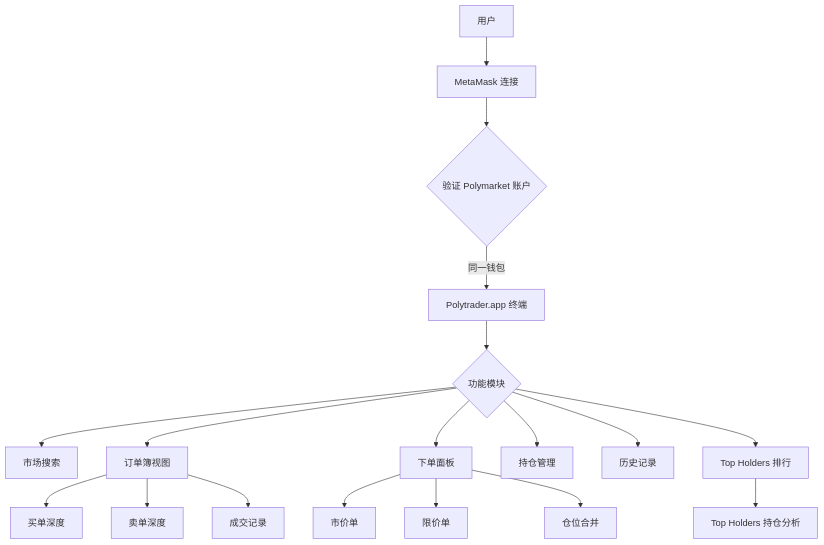
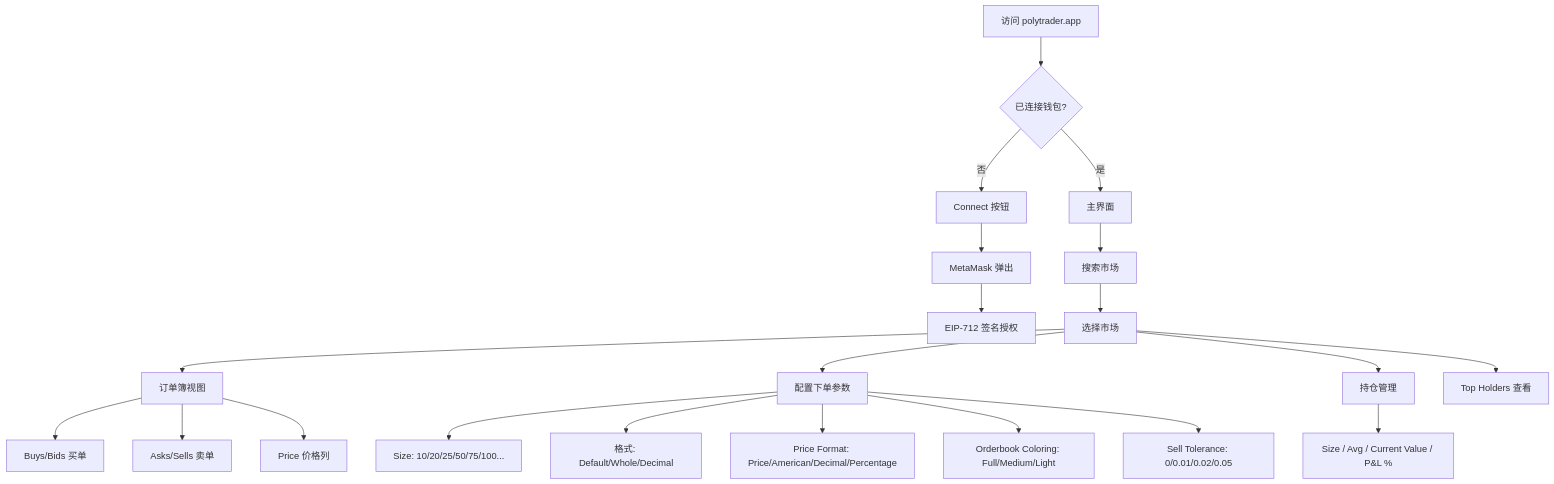
Before and after one commit to survivorff/polymarket_research: the fourth of 8 diagrams in research/05_polytrader_pro/analysis.md, drawn with Mermaid. The commit also changed other lines of this file and 4 other files, not shown here.

````diff
--- a/research/05_polytrader_pro/analysis.md
+++ b/research/05_polytrader_pro/analysis.md
@@ -27,24 +140,24 @@
 ```mermaid
-graph TD
-    A[用户] --> B[MetaMask 连接]
-    B --> C{验证 Polymarket 账户}
-    C -->|同一钱包| D[Polytrader.app 终端]
-    
-    D --> E{功能模块}
-    E --> E1[市场搜索]
-    E --> E2[订单簿视图]
-    E --> E3[下单面板]
-    E --> E4[持仓管理]
-    E --> E5[历史记录]
-    E --> E6[Top Holders 排行]
-    
-    E2 --> F1[买单深度]
-    E2 --> F2[卖单深度]
-    E2 --> F3[成交记录]
-    
-    E3 --> G1[市价单]
-    E3 --> G2[限价单]
-    E3 --> G3[仓位合并]
-    
-    E6 --> H[Top Holders 持仓分析]
+flowchart TD
+    A[访问 polytrader.app] --> B{已连接钱包?}
+    B -->|否| C[Connect 按钮]
+    C --> D[MetaMask 弹出]
+    D --> E[EIP-712 签名授权]
+    B -->|是| F[主界面]
+
+    F --> G[搜索市场]
+    G --> H[选择市场]
+    H --> I[订单簿视图]
+    I --> I1[Buys/Bids 买单]
+    I --> I2[Asks/Sells 卖单]
+    I --> I3[Price 价格列]
+    H --> J[配置下单参数]
+    J --> J1[Size: 10/20/25/50/75/100...]
+    J --> J2[格式: Default/Whole/Decimal]
+    J --> J3[Price Format: Price/American/Decimal/Percentage]
+    J --> J4[Orderbook Coloring: Full/Medium/Light]
+    J --> J5[Sell Tolerance: 0/0.01/0.02/0.05]
+    H --> K[持仓管理]
+    K --> K1[Size / Avg / Current Value / P&L %]
+    H --> L[Top Holders 查看]
 ```
````
